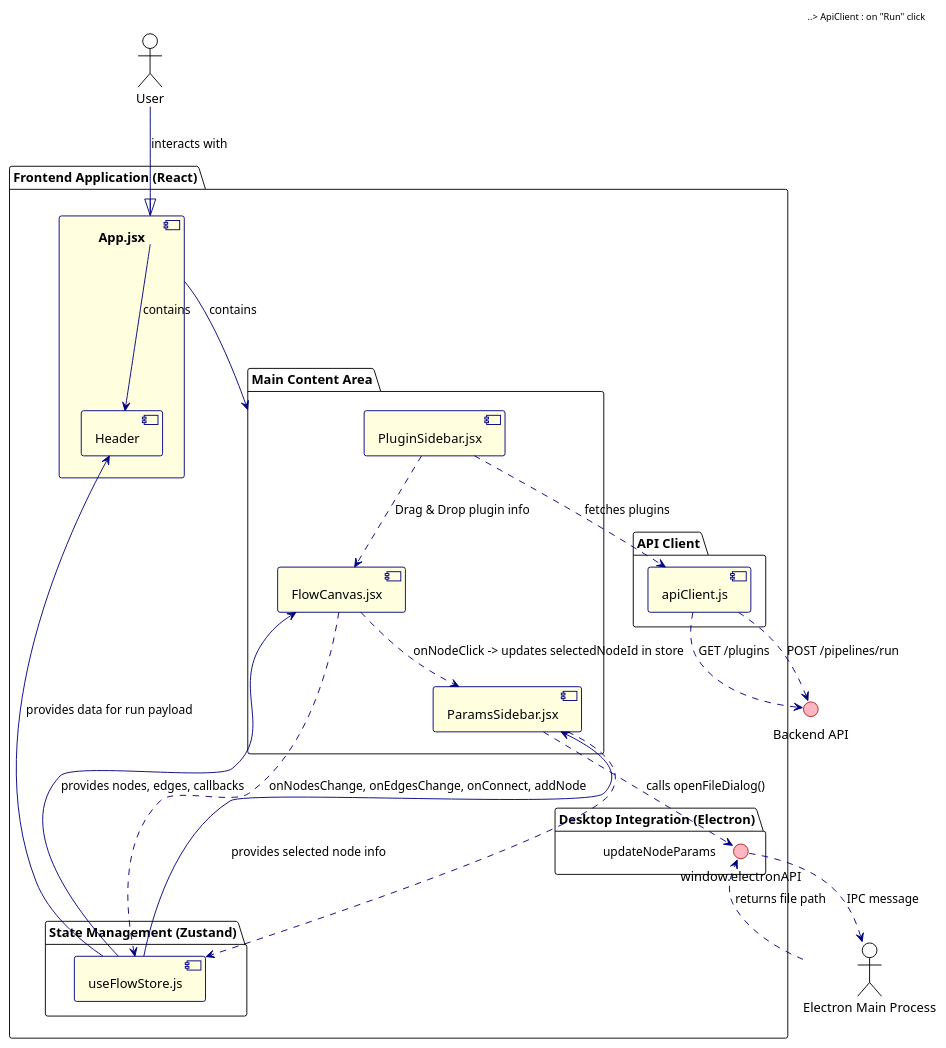
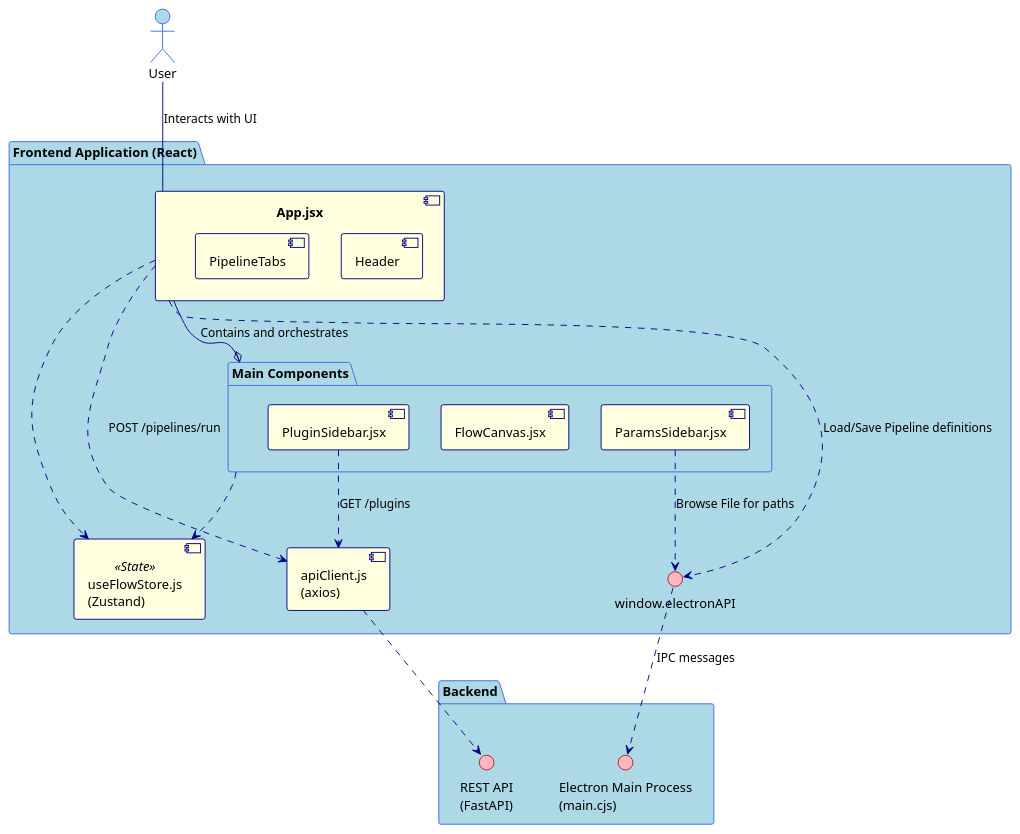
The diagram in DiagramFlontEnd.puml (crayoncrayon2003/ETLPipelineBuilder), drawn with PlantUML before and after one commit. The commit also changed 1 other file, not shown here.

```diff
--- a/DiagramFlontEnd.puml
+++ b/DiagramFlontEnd.puml
@@ -1,85 +1,85 @@
-@startuml ETL Framework Frontend - Component Diagram
+@startuml ETL Framework Frontend - Final Conceptual Diagram (v2)
 
 !theme plain
 skinparam componentStyle uml2
 skinparam defaultFontName "Segoe UI", "Helvetica", "Arial"
+skinparam package {
+    BackgroundColor LightBlue
+    BorderColor RoyalBlue
+}
 skinparam component {
     BackgroundColor LightYellow
+    ArrowColor Navy
     BorderColor Navy
-    ArrowColor Navy
+}
+skinparam actor {
+    BackgroundColor LightBlue
+    BorderColor RoyalBlue
 }
 skinparam interface {
     BackgroundColor LightPink
     BorderColor Firebrick
+}
+skinparam note {
+    BackgroundColor LightGoldenRodYellow
+    BorderColor GoldenRod
 }
 
 ' #############################################
 ' ###         EXTERNAL SYSTEMS              ###
 ' #############################################
 actor User
-interface "Backend API" as BackendApi
+
+package "Backend" {
+    interface "REST API\n(FastAPI)" as BackendApi
+    interface "Electron Main Process\n(main.cjs)" as ElectronMain
+}
+
 
 ' #############################################
-' ###      MAIN APPLICATION COMPONENTS        ###
+' ###      FRONTEND APPLICATION (Renderer)    ###
 ' #############################################
 package "Frontend Application (React)" {
 
     component "App.jsx" as App {
         component "Header"
+        component "PipelineTabs"
     }
 
-    package "Main Content Area" {
+    package "Main Components" {
         component "PluginSidebar.jsx" as Sidebar
         component "FlowCanvas.jsx" as Canvas
         component "ParamsSidebar.jsx" as Params
     }
 
-    package "State Management (Zustand)" {
-        component "useFlowStore.js" as FlowStore
-    }
+    component "useFlowStore.js\n(Zustand)" as FlowStore <<State>>
 
-    package "API Client" {
-        component "apiClient.js" as ApiClient
-    }
+    component "apiClient.js\n(axios)" as ApiClient
 
-    package "Desktop Integration (Electron)" {
-        interface "window.electronAPI" as ElectronApi
-    }
+    interface "window.electronAPI" as PreloadApi
 }
 
 
 ' #############################################
 ' ###            RELATIONSHIPS              ###
 ' #############################################
 
-' --- User Interaction Flow ---
-User --|> App : interacts with
-App --down-> Header : contains
-App --down-> "Main Content Area" : contains
+User -- App : Interacts with UI
 
-' --- API Communication Flow ---
-Sidebar ..> ApiClient : fetches plugins
-ApiClient ..> BackendApi : GET /plugins
-Header ..> ApiClient : on "Run" click
-ApiClient ..> BackendApi : POST /pipelines/run
+App --o "Main Components" : Contains and orchestrates
 
-' --- State Management Flow ---
-' The store is the single source of truth for nodes and edges
-FlowStore --up-> Canvas : provides nodes, edges, callbacks
-FlowStore --up-> Params : provides selected node info
-FlowStore --up-> Header : provides data for run payload
 
-' Components update the store
-Canvas ..> FlowStore : onNodesChange, onEdgesChange, onConnect, addNode
-Params ..> FlowStore : updateNodeParams
+"Main Components" ..> FlowStore
+App ..> FlowStore
 
-' --- Canvas and Sidebar Interaction ---
-Sidebar ..> Canvas : Drag & Drop plugin info
-Canvas ..> Params : onNodeClick -> updates selectedNodeId in store
+Sidebar ..> ApiClient : GET /plugins
+App ..> ApiClient : POST /pipelines/run
 
-' --- Desktop (Electron) Integration Flow ---
-Params ..> ElectronApi : calls openFileDialog()
-ElectronApi ..> "Electron Main Process" : IPC message
-"Electron Main Process" ..> ElectronApi : returns file path
+ApiClient ..> BackendApi
+
+App ..> PreloadApi : Load/Save Pipeline definitions
+Params ..> PreloadApi : Browse File for paths
+
+PreloadApi ..> ElectronMain : IPC messages
 
 @enduml
```
